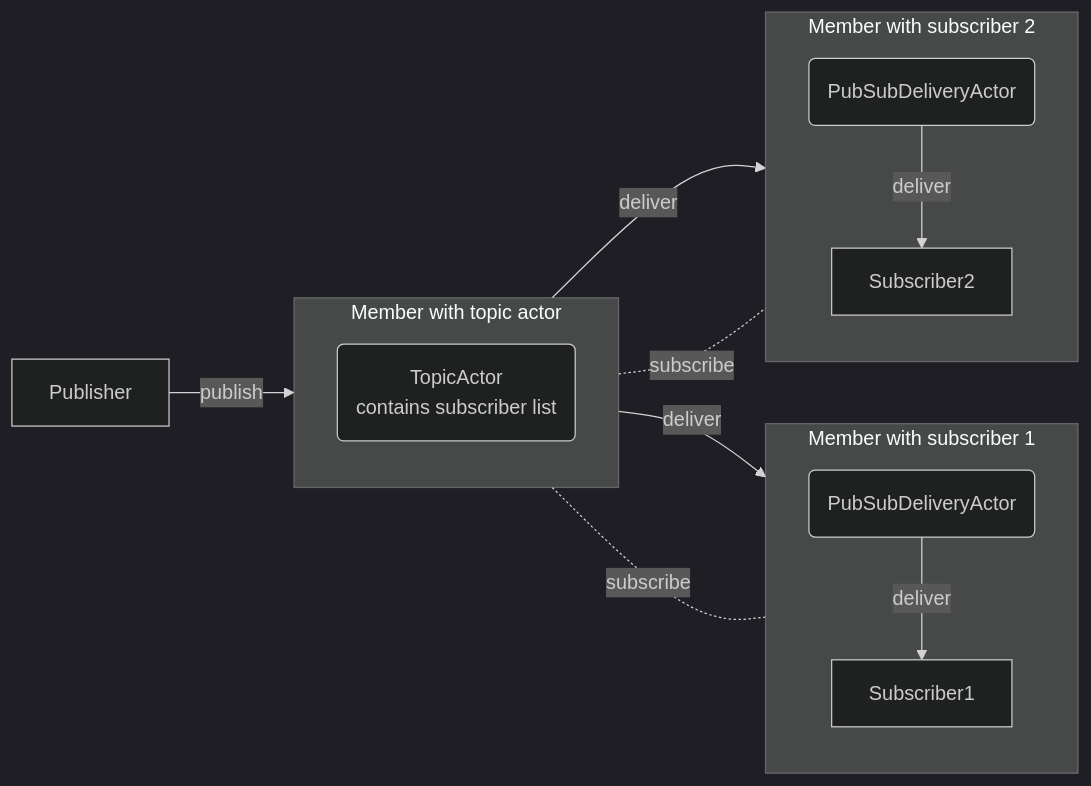
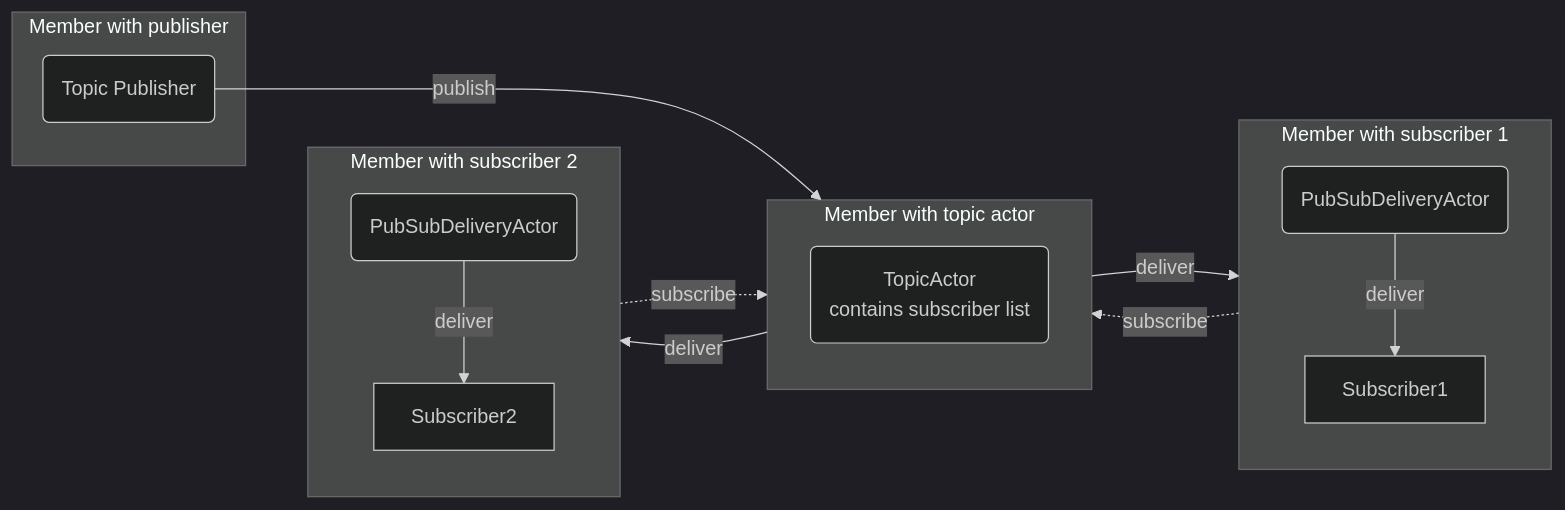
One commit to asynkron/protoactor-website changed the third of 3 diagrams in hugo/content/docs/cluster/pub-sub.md. Above: the diagram before and after it, drawn with Mermaid (dark theme).

````diff
--- a/hugo/content/docs/cluster/pub-sub.md
+++ b/hugo/content/docs/cluster/pub-sub.md
@@ -200,51 +200,56 @@
 ```mermaid
 flowchart LR
     Publisher
     TopicActor
     Subscriber1
     Subscriber2
 
 
     class Publisher yellow
     class Subscriber1 blue
     class Subscriber2 blue
 
     subgraph TopicActorMember[Member with topic actor]
         direction TB
         TopicActor(TopicActor <br /> contains subscriber list)
 
         class TopicActor green
 
+
     end
-
 
     subgraph SubscriberMember1[Member with subscriber 1]
         direction TB
         PubSubDeliveryActor1(PubSubDeliveryActor)
 
         class PubSubDeliveryActor1 green
 
         PubSubDeliveryActor1 --deliver--> Subscriber1
     end
 
     subgraph SubscriberMember2[Member with subscriber 2]
         direction TB
         PubSubDeliveryActor2(PubSubDeliveryActor)
 
         class PubSubDeliveryActor2 green
 
         PubSubDeliveryActor2 --deliver--> Subscriber2
     end
 
+    subgraph PublisherMember[Member with publisher]
+
+        Publisher(Topic Publisher) --publish---> TopicActor
+        
+    end
+
     
-    Publisher --publish--> TopicActor
     
-
-
+    
 
     TopicActor --deliver--> PubSubDeliveryActor1
     TopicActor --deliver--> PubSubDeliveryActor2
 
-    TopicActor -.subscribe.- Subscriber1
-    TopicActor -.subscribe.- Subscriber2
+
+    Subscriber1 -.subscribe.-> TopicActor
+    Subscriber2 -.subscribe.-> TopicActor
 ```
````
